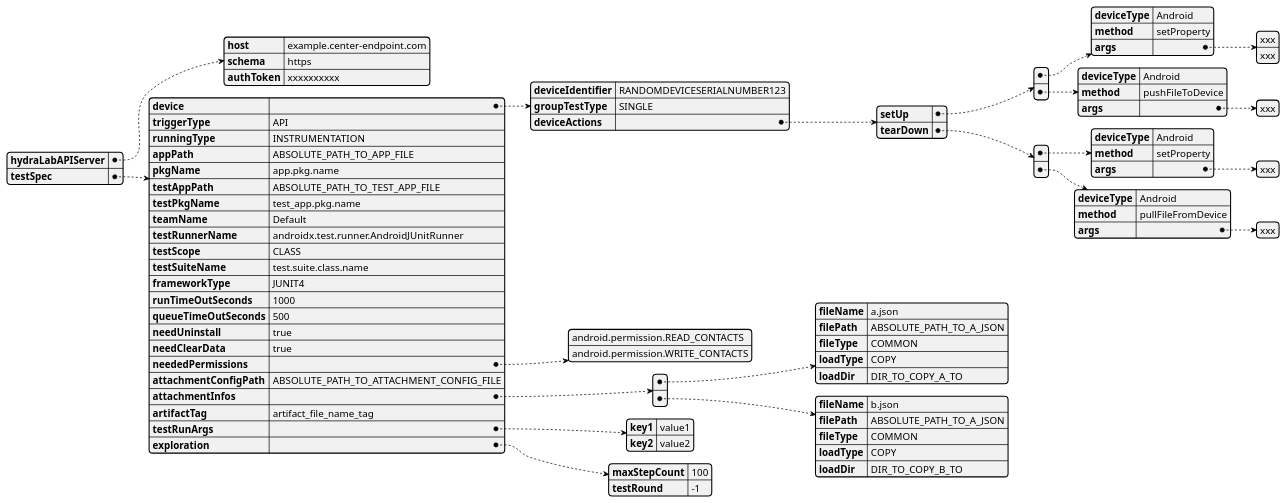
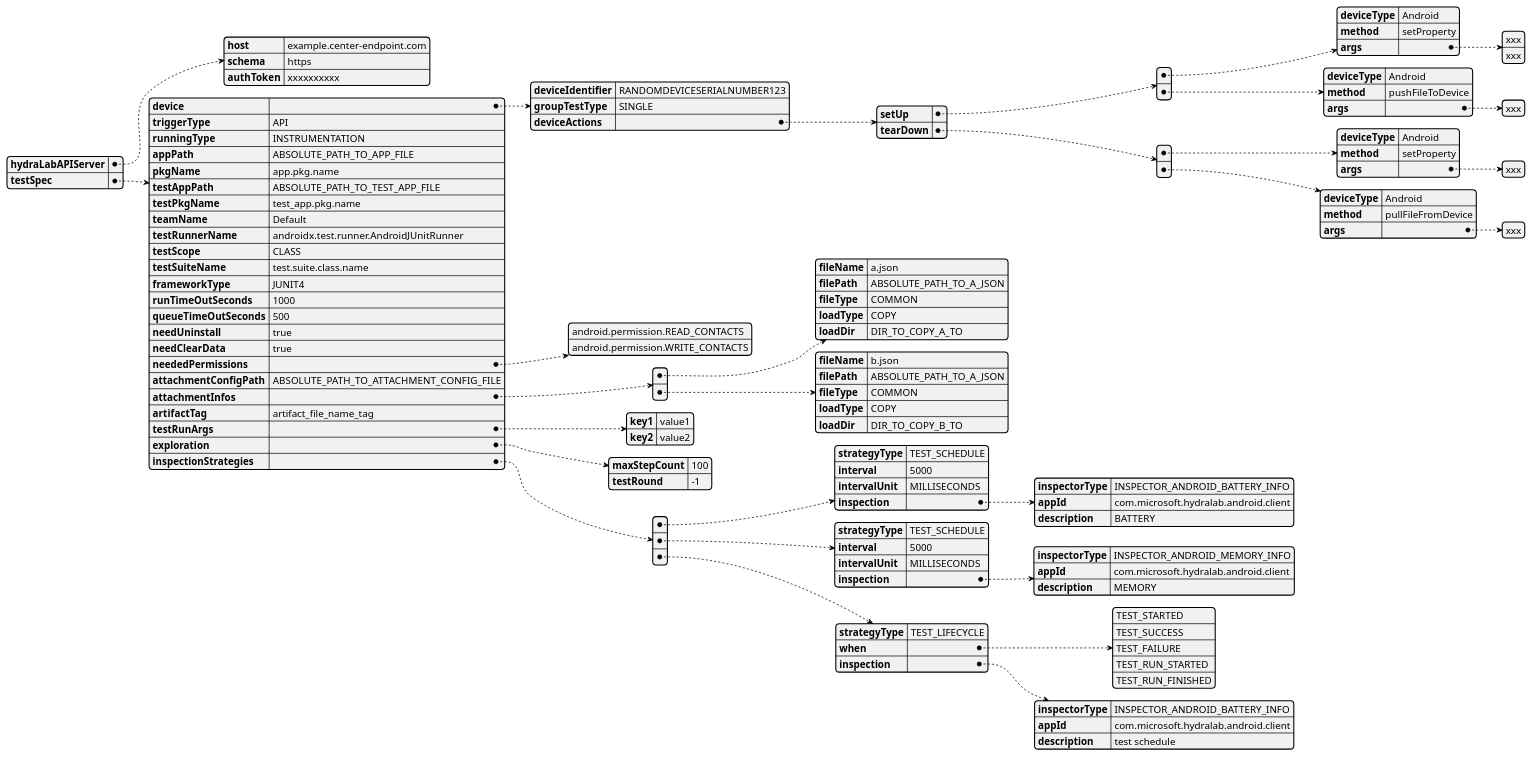
The diagram in gradle_plugin/doc/UML/gradle_plugin_yaml_config_design.puml (microsoft/HydraLab), drawn with PlantUML before and after one commit. The commit also changed 12 other files, not shown here.

```diff
--- a/gradle_plugin/doc/UML/gradle_plugin_yaml_config_design.puml
+++ b/gradle_plugin/doc/UML/gradle_plugin_yaml_config_design.puml
@@ -1,68 +1,94 @@
 @startyaml
 hydraLabAPIServer:
     host: example.center-endpoint.com
     schema: https
     authToken: xxxxxxxxxx
 testSpec:
     device:
         deviceIdentifier: RANDOMDEVICESERIALNUMBER123
         groupTestType: SINGLE
         deviceActions:
             setUp:
             - deviceType: Android
               method: setProperty
               args:
                 - xxx
                 - xxx
             - deviceType: Android
               method: pushFileToDevice
               args:
                 - xxx
             tearDown:
             - deviceType: Android
               method: setProperty
               args:
               - xxx
             - deviceType: Android
               method: pullFileFromDevice
               args:
               - xxx
     triggerType: API
     runningType: INSTRUMENTATION
     appPath: ABSOLUTE_PATH_TO_APP_FILE
     pkgName: app.pkg.name
     testAppPath: ABSOLUTE_PATH_TO_TEST_APP_FILE
     testPkgName: test_app.pkg.name
     teamName: Default
     testRunnerName: androidx.test.runner.AndroidJUnitRunner
     testScope: CLASS
     testSuiteName: test.suite.class.name
     frameworkType: JUNIT4
     runTimeOutSeconds: 1000
     queueTimeOutSeconds: 500
     needUninstall: true
     needClearData: true
     neededPermissions:
         - android.permission.READ_CONTACTS
         - android.permission.WRITE_CONTACTS
     attachmentConfigPath: ABSOLUTE_PATH_TO_ATTACHMENT_CONFIG_FILE
     attachmentInfos:
     - fileName: a.json
       filePath: ABSOLUTE_PATH_TO_A_JSON
       fileType: COMMON
       loadType: COPY
       loadDir: DIR_TO_COPY_A_TO
     - fileName: b.json
       filePath: ABSOLUTE_PATH_TO_A_JSON
       fileType: COMMON
       loadType: COPY
       loadDir: DIR_TO_COPY_B_TO
     artifactTag: artifact_file_name_tag
     testRunArgs:
         key1: value1
         key2: value2
     exploration:
         maxStepCount: 100
         testRound: -1
+    inspectionStrategies:
+    - strategyType: TEST_SCHEDULE
+      interval: 5000
+      intervalUnit: MILLISECONDS
+      inspection:
+        inspectorType: INSPECTOR_ANDROID_BATTERY_INFO
+        appId: com.microsoft.hydralab.android.client
+        description: BATTERY
+    - strategyType: TEST_SCHEDULE
+      interval: 5000
+      intervalUnit: MILLISECONDS
+      inspection:
+        inspectorType: INSPECTOR_ANDROID_MEMORY_INFO
+        appId: com.microsoft.hydralab.android.client
+        description: MEMORY
+    - strategyType: TEST_LIFECYCLE
+      when:
+        - TEST_STARTED
+        - TEST_SUCCESS
+        - TEST_FAILURE
+        - TEST_RUN_STARTED
+        - TEST_RUN_FINISHED
+      inspection:
+        inspectorType: INSPECTOR_ANDROID_BATTERY_INFO
+        appId: com.microsoft.hydralab.android.client
+        description: test schedule
 
 @endyaml
```
